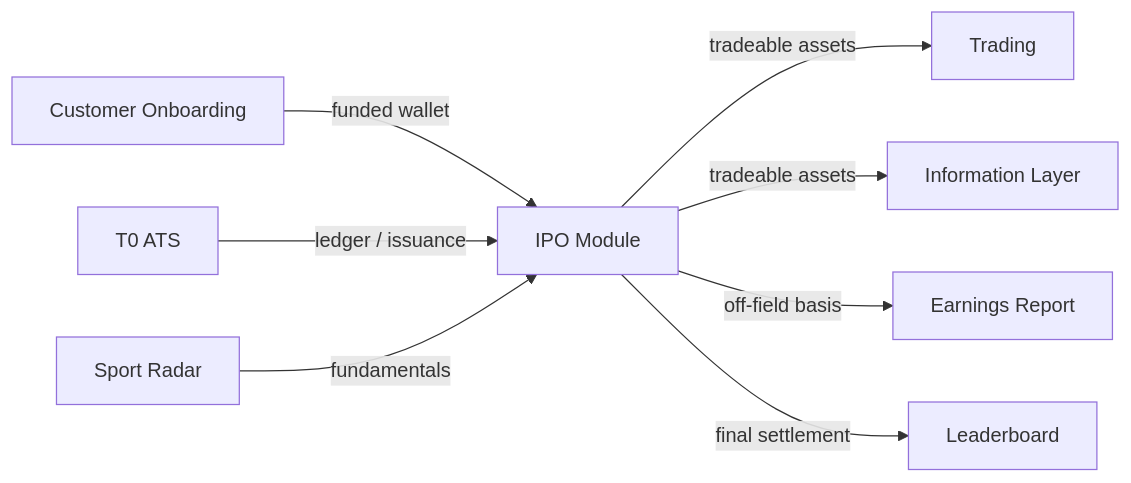
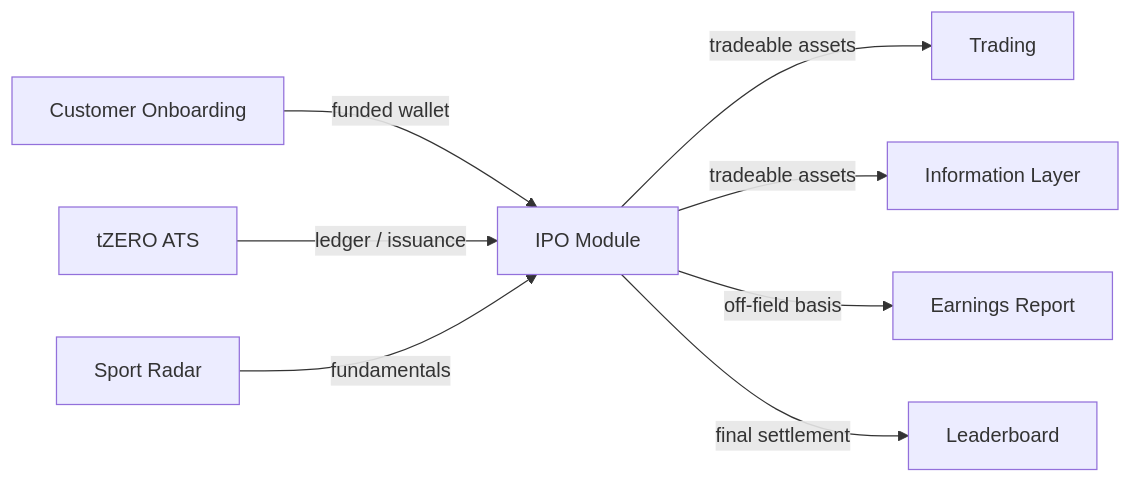
One commit to Novosapien/inplay-vault changed the third of 3 diagrams in vault/components/ipo-module/ipo-module.md. Above: the diagram before and after it, drawn with Mermaid. The commit also changed other lines of this file and 94 other files, not shown here.

````diff
--- a/vault/components/ipo-module/ipo-module.md
+++ b/vault/components/ipo-module/ipo-module.md
@@ -227,10 +227,10 @@
 ```mermaid
 graph LR
     ONB[Customer Onboarding] -->|funded wallet| IPO[IPO Module]
-    T0[T0 ATS] -->|ledger / issuance| IPO
+    tZERO[tZERO ATS] -->|ledger / issuance| IPO
     SR[Sport Radar] -->|fundamentals| IPO
     IPO -->|tradeable assets| TR[Trading]
     IPO -->|tradeable assets| INFO[Information Layer]
     IPO -->|off-field basis| EARN[Earnings Report]
     IPO -->|final settlement| LB[Leaderboard]
 ```
````
